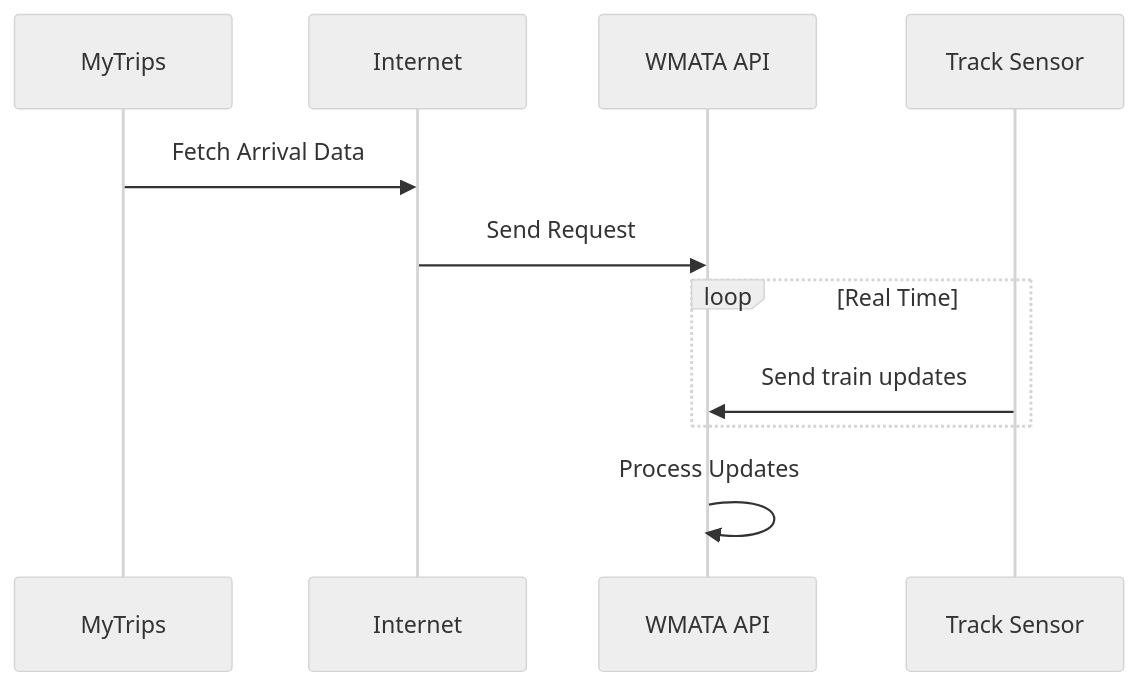
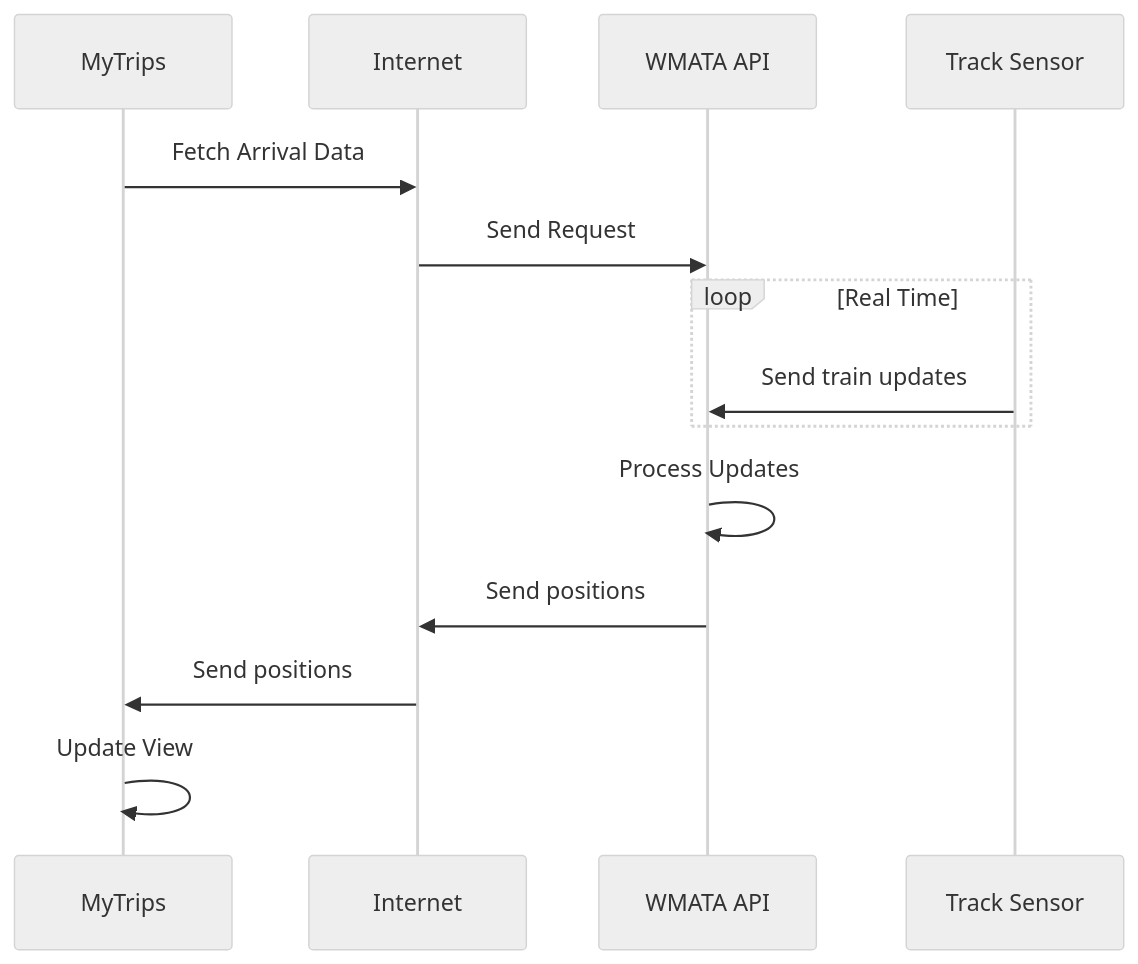
The diagram in techDemo-1.md (imccabed/newRepo), drawn with Mermaid (neutral theme) before and after one commit.

Commit message:
Added upward Flow

````diff
--- a/techDemo-1.md
+++ b/techDemo-1.md
@@ -1,19 +1,24 @@
 ```mermaid
 sequenceDiagram
 
     participant MyTrips
     participant Internet
     participant WAPI as WMATA API
     participant TS as Track Sensor
 
     MyTrips ->> Internet: Fetch Arrival Data
     Internet ->> WAPI: Send Request
 
     loop Real Time 
     TS ->> WAPI: Send train updates
     end
 
     WAPI ->> WAPI: Process Updates
-    
+
+    WAPI ->> Internet: Send positions
+    Internet ->> MyTrips: Send positions
+
+    MyTrips ->> MyTrips: Update View
+
 
 ```
````
